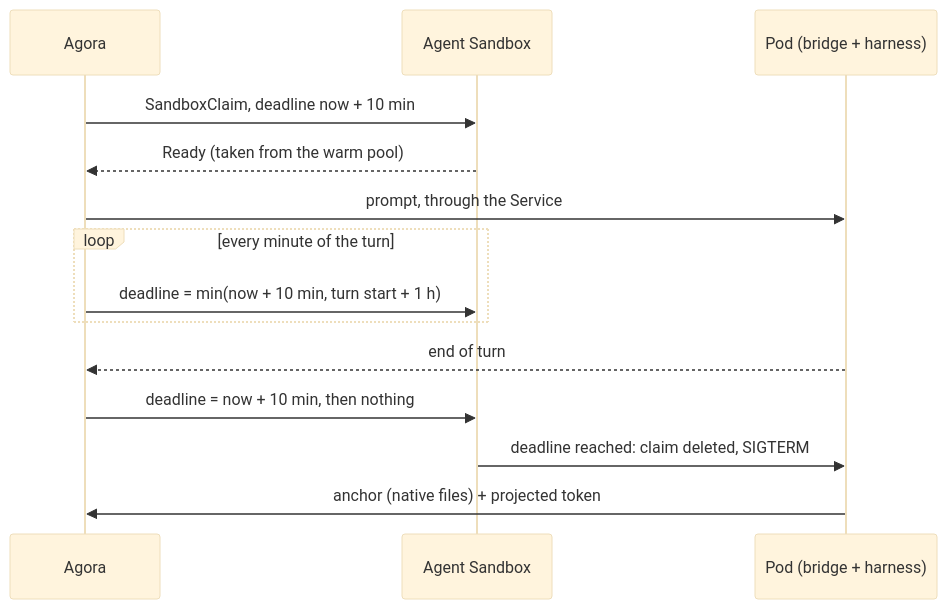
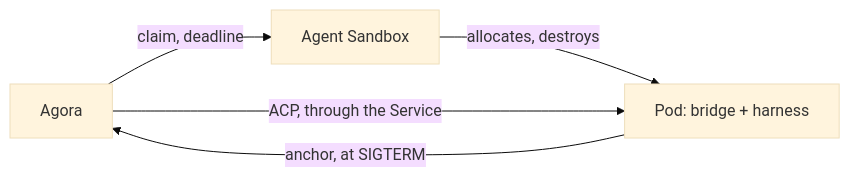
The diagram in docs/adr/000n-executions.md (arnaultbretagne/agora), drawn with Mermaid (base theme) before and after one commit. The commit also changed other lines of this file and 3 other files, not shown here.

First line of the commit message:
docs: ADRs decide, architecture explains

````diff
--- a/docs/adr/000n-executions.md
+++ b/docs/adr/000n-executions.md
@@ -27,16 +25,7 @@
 ```mermaid
-sequenceDiagram
-    participant Agora
-    participant AS as Agent Sandbox
-    participant Pod as Pod (bridge + harness)
-    Agora->>AS: SandboxClaim, deadline now + 10 min
-    AS-->>Agora: Ready (taken from the warm pool)
-    Agora->>Pod: prompt, through the Service
-    loop every minute of the turn
-        Agora->>AS: deadline = min(now + 10 min, turn start + 1 h)
-    end
-    Pod-->>Agora: end of turn
-    Agora->>AS: deadline = now + 10 min, then nothing
-    AS->>Pod: deadline reached: claim deleted, SIGTERM
-    Pod->>Agora: anchor (native files) + projected token
+flowchart LR
+    Agora -- claim, deadline --> AS[Agent Sandbox]
+    AS -- allocates, destroys --> Pod[Pod: bridge + harness]
+    Agora -- ACP, through the Service --> Pod
+    Pod -- anchor, at SIGTERM --> Agora
 ```
````
